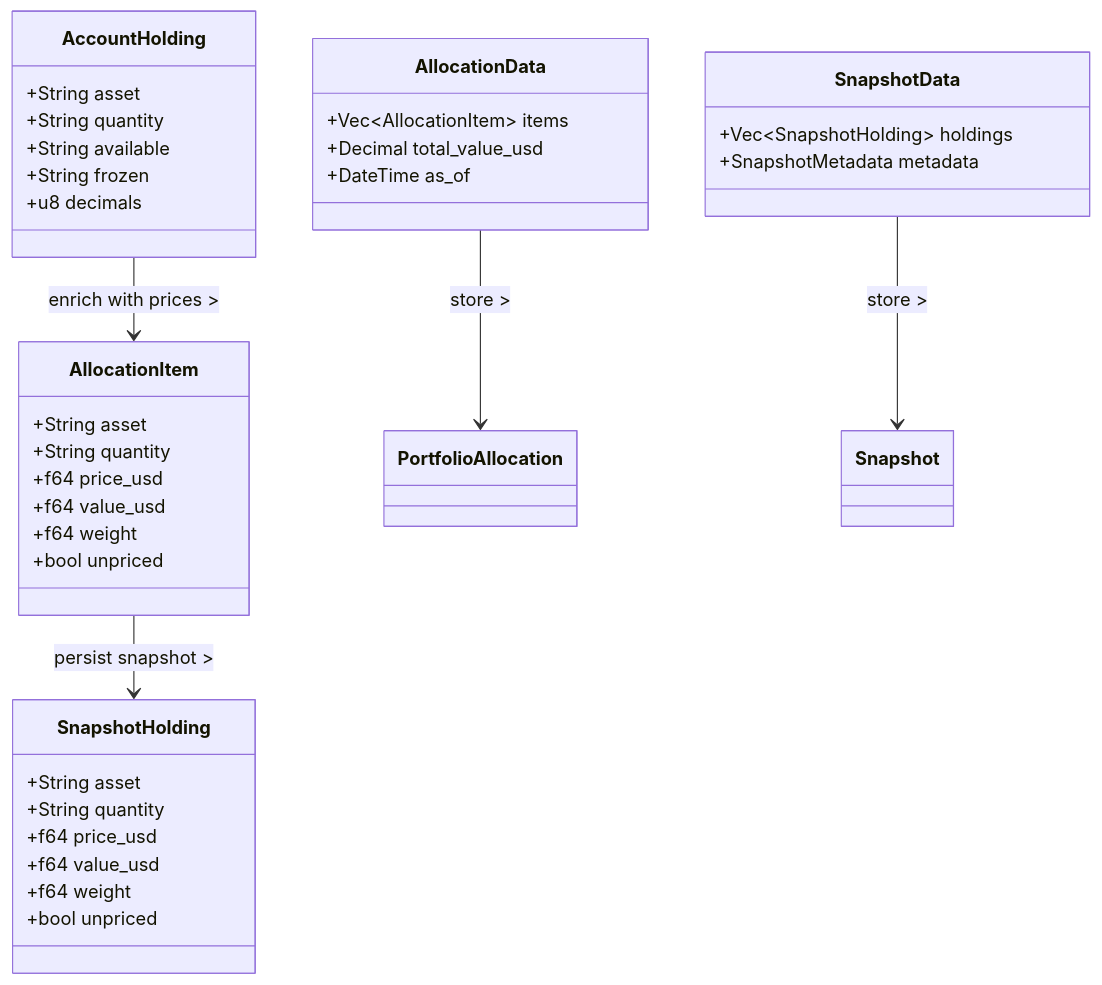
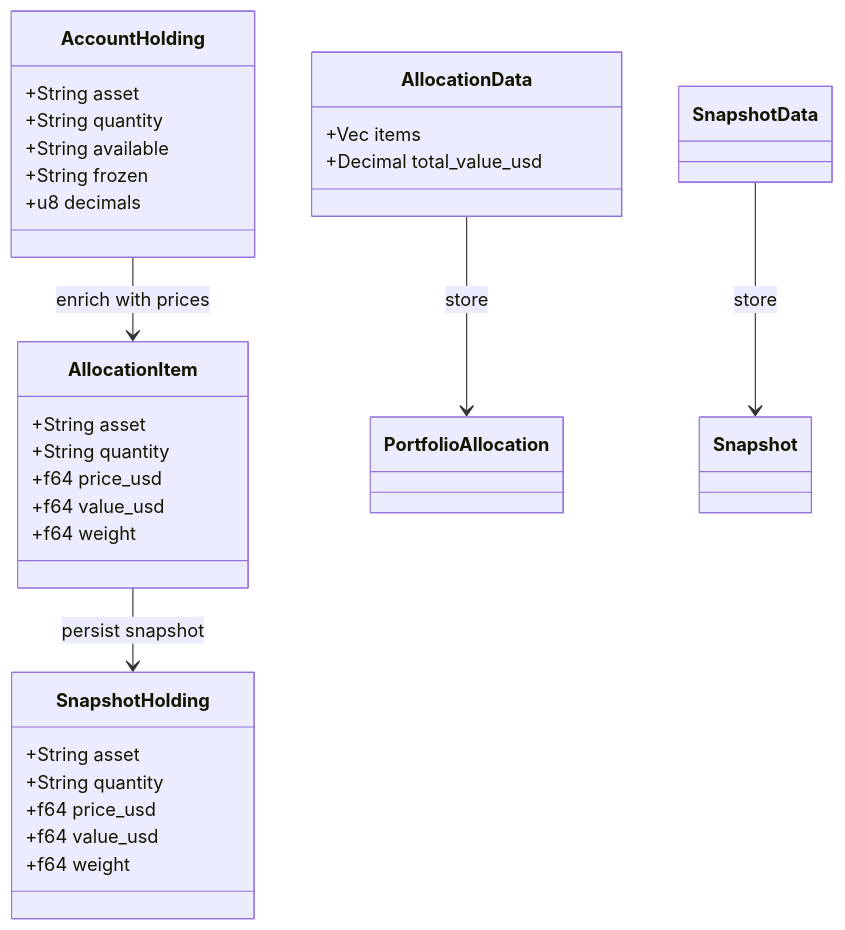
The fourth of 17 diagrams in docs/architecture/01-architecture-design.md (doitsu2014/crypto-pocket-butler), drawn with Mermaid before and after one commit. The commit also changed other lines of this file, not shown here.

Commit message:
docs: Fix Mermaid syntax errors for GitHub compatibility

````diff
--- a/docs/architecture/01-architecture-design.md
+++ b/docs/architecture/01-architecture-design.md
@@ -149,44 +116,36 @@
 ```mermaid
 classDiagram
     class AccountHolding {
         +String asset
         +String quantity
         +String available
         +String frozen
         +u8 decimals
     }
     
     class AllocationItem {
         +String asset
         +String quantity
         +f64 price_usd
         +f64 value_usd
         +f64 weight
-        +bool unpriced
     }
     
     class AllocationData {
-        +Vec~AllocationItem~ items
+        +Vec items
         +Decimal total_value_usd
-        +DateTime as_of
     }
     
     class SnapshotHolding {
         +String asset
         +String quantity
         +f64 price_usd
         +f64 value_usd
         +f64 weight
-        +bool unpriced
     }
     
-    class SnapshotData {
-        +Vec~SnapshotHolding~ holdings
-        +SnapshotMetadata metadata
-    }
-    
-    AccountHolding --> AllocationItem : enrich with prices >
-    AllocationItem --> SnapshotHolding : persist snapshot >
-    AllocationData --> PortfolioAllocation : store >
-    SnapshotData --> Snapshot : store >
+    AccountHolding --> AllocationItem : enrich with prices
+    AllocationItem --> SnapshotHolding : persist snapshot
+    AllocationData --> PortfolioAllocation : store
+    SnapshotData --> Snapshot : store
 ```
````
